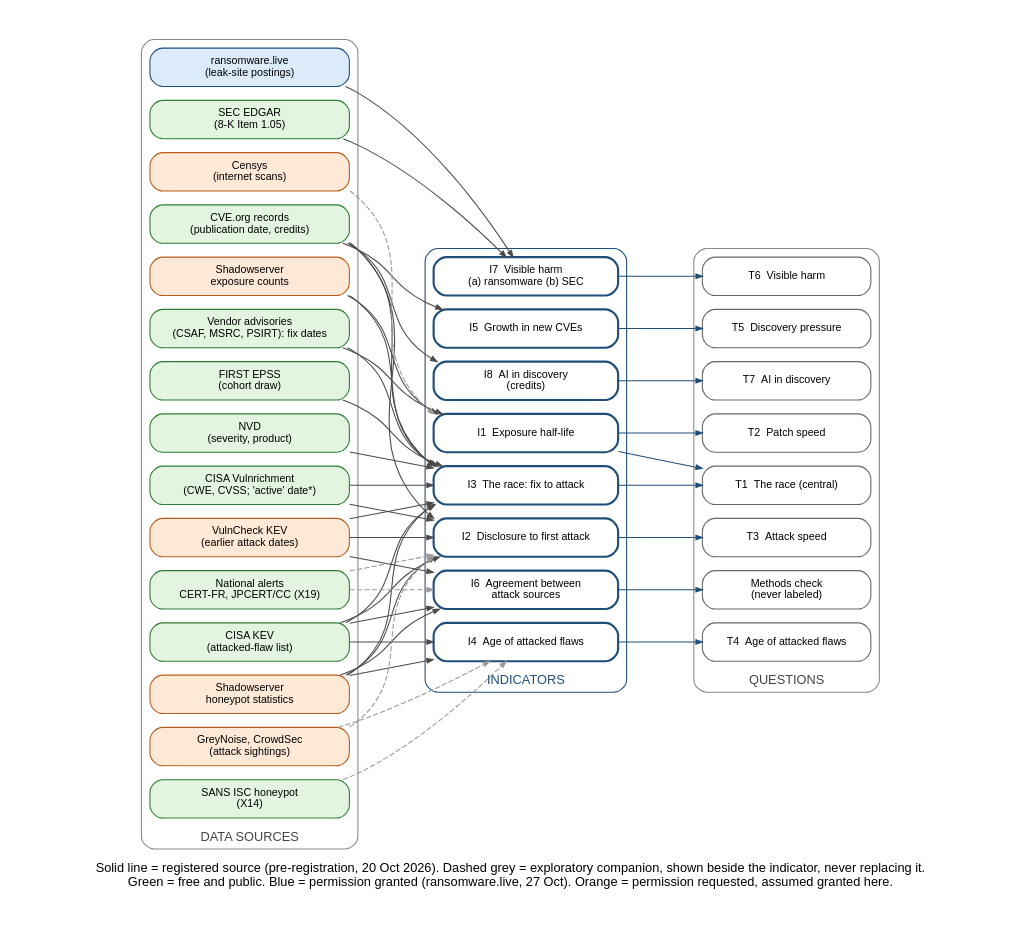
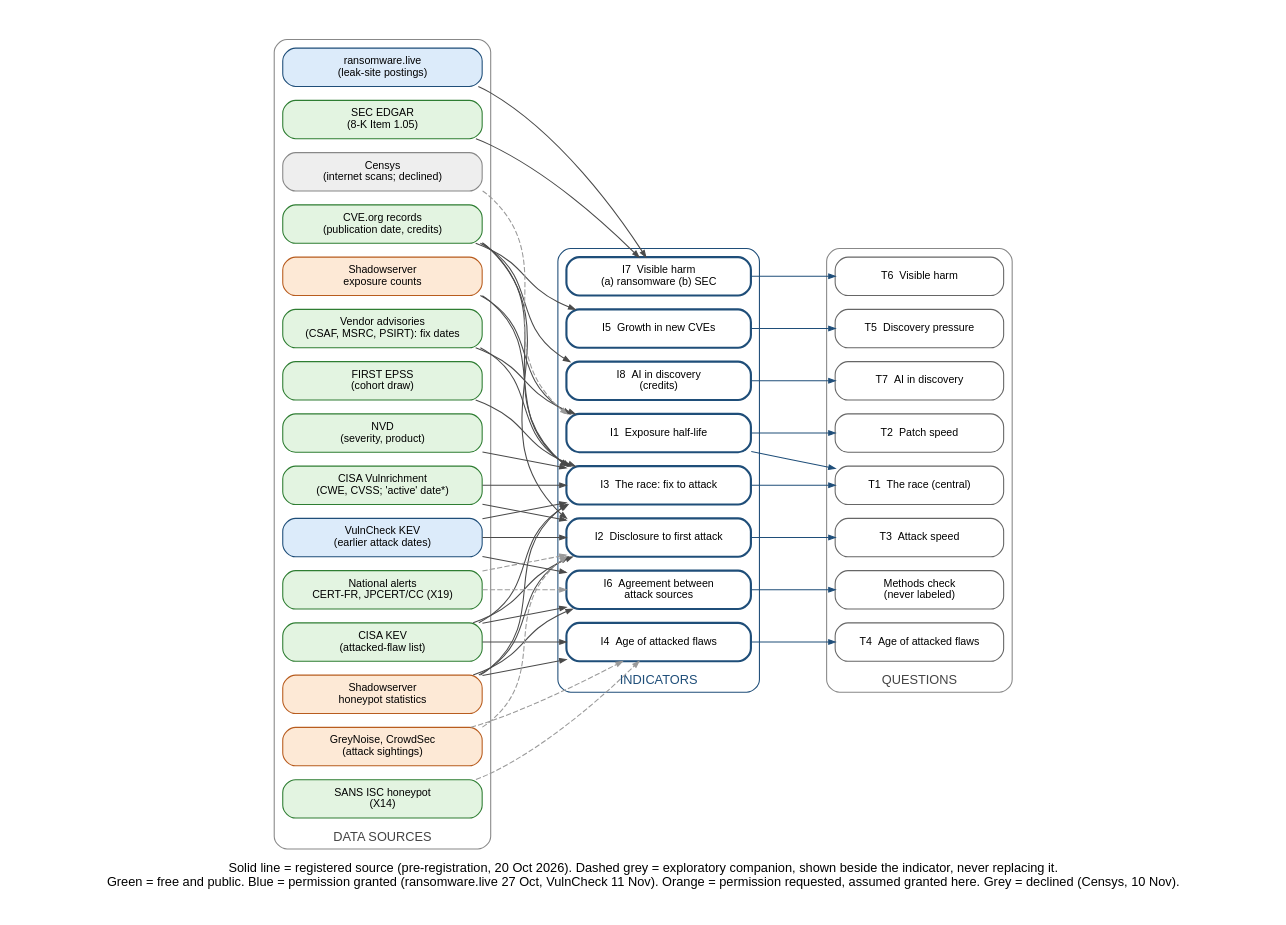
The diagram in docs/diagrams/indicator_sources.dot (pagagne/internet-security-snapshot), drawn with Graphviz before and after one commit. The commit also changed 20 other files, not shown here.

First line of the commit message:
VulnCheck KEV switched on from the 1 Dec dry run (permission 11 Nov: attribution only; author's decision)

```diff
--- a/docs/diagrams/indicator_sources.dot
+++ b/docs/diagrams/indicator_sources.dot
@@ -1,71 +1,71 @@
 // Indicators I1-I8 and the data that feeds them, assuming every permission request is granted
 // (author's request, 29 Oct 2026). Registered sources: prereg/PREREGISTRATION.md sections 6 and 8.
 // Render: dot -Tpng -Gdpi=150 docs/diagrams/indicator_sources.dot -o docs/diagrams/indicator_sources.png
 digraph indicators {
   graph [rankdir=LR, fontname="Helvetica", fontsize=12, nodesep=0.18, ranksep=1.1, pad=0.3, newrank=true,
-         label="Solid line = registered source (pre-registration, 20 Oct 2026). Dashed grey = exploratory companion, shown beside the indicator, never replacing it.\nGreen = free and public. Blue = permission granted (ransomware.live, 27 Oct). Orange = permission requested, assumed granted here.",
+         label="Solid line = registered source (pre-registration, 20 Oct 2026). Dashed grey = exploratory companion, shown beside the indicator, never replacing it.\nGreen = free and public. Blue = permission granted (ransomware.live 27 Oct, VulnCheck 11 Nov). Orange = permission requested, assumed granted here. Grey = declined (Censys, 10 Nov).",
          labelloc=b];
   node  [fontname="Helvetica", fontsize=10, shape=box, style="rounded,filled", width=2.6];
   edge  [color="#4a4a4a", arrowsize=0.6];
 
   subgraph cluster_src {
     label="DATA SOURCES"; style="rounded"; color="#888888"; fontcolor="#444444";
     cve   [label="CVE.org records\n(publication date, credits)", fillcolor="#e3f4e1", color="#2e7d32"];
     kev   [label="CISA KEV\n(attacked-flaw list)", fillcolor="#e3f4e1", color="#2e7d32"];
     vrich [label="CISA Vulnrichment\n(CWE, CVSS; 'active' date*)", fillcolor="#e3f4e1", color="#2e7d32"];
     nvd   [label="NVD\n(severity, product)", fillcolor="#e3f4e1", color="#2e7d32"];
     epss  [label="FIRST EPSS\n(cohort draw)", fillcolor="#e3f4e1", color="#2e7d32"];
     vend  [label="Vendor advisories\n(CSAF, MSRC, PSIRT): fix dates", fillcolor="#e3f4e1", color="#2e7d32"];
     sec   [label="SEC EDGAR\n(8-K Item 1.05)", fillcolor="#e3f4e1", color="#2e7d32"];
     rlive [label="ransomware.live\n(leak-site postings)", fillcolor="#dcebfa", color="#1f4e79"];
-    vchk  [label="VulnCheck KEV\n(earlier attack dates)", fillcolor="#fde9d6", color="#b85c1e"];
+    vchk  [label="VulnCheck KEV\n(earlier attack dates)", fillcolor="#dcebfa", color="#1f4e79"];
     ssexp [label="Shadowserver\nexposure counts", fillcolor="#fde9d6", color="#b85c1e"];
     sshp  [label="Shadowserver\nhoneypot statistics", fillcolor="#fde9d6", color="#b85c1e"];
-    cens  [label="Censys\n(internet scans)", fillcolor="#fde9d6", color="#b85c1e"];
+    cens  [label="Censys\n(internet scans; declined)", fillcolor="#eeeeee", color="#888888"];
     gncs  [label="GreyNoise, CrowdSec\n(attack sightings)", fillcolor="#fde9d6", color="#b85c1e"];
     isc   [label="SANS ISC honeypot\n(X14)", fillcolor="#e3f4e1", color="#2e7d32"];
     natl  [label="National alerts\nCERT-FR, JPCERT/CC (X19)", fillcolor="#e3f4e1", color="#2e7d32"];
   }
 
   subgraph cluster_ind {
     label="INDICATORS"; style="rounded"; color="#1f4e79"; fontcolor="#1f4e79";
     node [fillcolor="#ffffff", color="#1f4e79", penwidth=2, width=2.4];
     I1 [label="I1  Exposure half-life"];
     I2 [label="I2  Disclosure to first attack"];
     I3 [label="I3  The race: fix to attack"];
     I4 [label="I4  Age of attacked flaws"];
     I5 [label="I5  Growth in new CVEs"];
     I6 [label="I6  Agreement between\nattack sources"];
     I7 [label="I7  Visible harm\n(a) ransomware (b) SEC"];
     I8 [label="I8  AI in discovery\n(credits)"];
   }
 
   subgraph cluster_q {
     label="QUESTIONS"; style="rounded"; color="#888888"; fontcolor="#444444";
     node [shape=box, style="rounded", color="#666666", width=2.2];
     T1 [label="T1  The race (central)"];
     T2 [label="T2  Patch speed"];
     T3 [label="T3  Attack speed"];
     T4 [label="T4  Age of attacked flaws"];
     T5 [label="T5  Discovery pressure"];
     T6 [label="T6  Visible harm"];
     T7 [label="T7  AI in discovery"];
     M  [label="Methods check\n(never labeled)"];
   }
 
   // registered feeds
   cve -> {I2 I3 I5 I8};
   kev -> {I2 I3 I4 I6};
   vrich -> {I2 I3};
   {nvd epss} -> I3;
   vend -> {I1 I3};
   vchk -> {I2 I3 I6};
   ssexp -> {I1 I3};
   sshp -> {I2 I3 I4 I6};
   rlive -> I7; sec -> I7;
   // exploratory companions
   edge [style=dashed, color="#9a9a9a"];
   cens -> I1; gncs -> {I2 I4}; isc -> I4; natl -> {I2 I6};
   edge [style=solid, color="#1f4e79"];
   I1 -> {T2 T1}; I2 -> T3; I3 -> T1; I4 -> T4; I5 -> T5; I6 -> M; I7 -> T6; I8 -> T7;
 }
```
